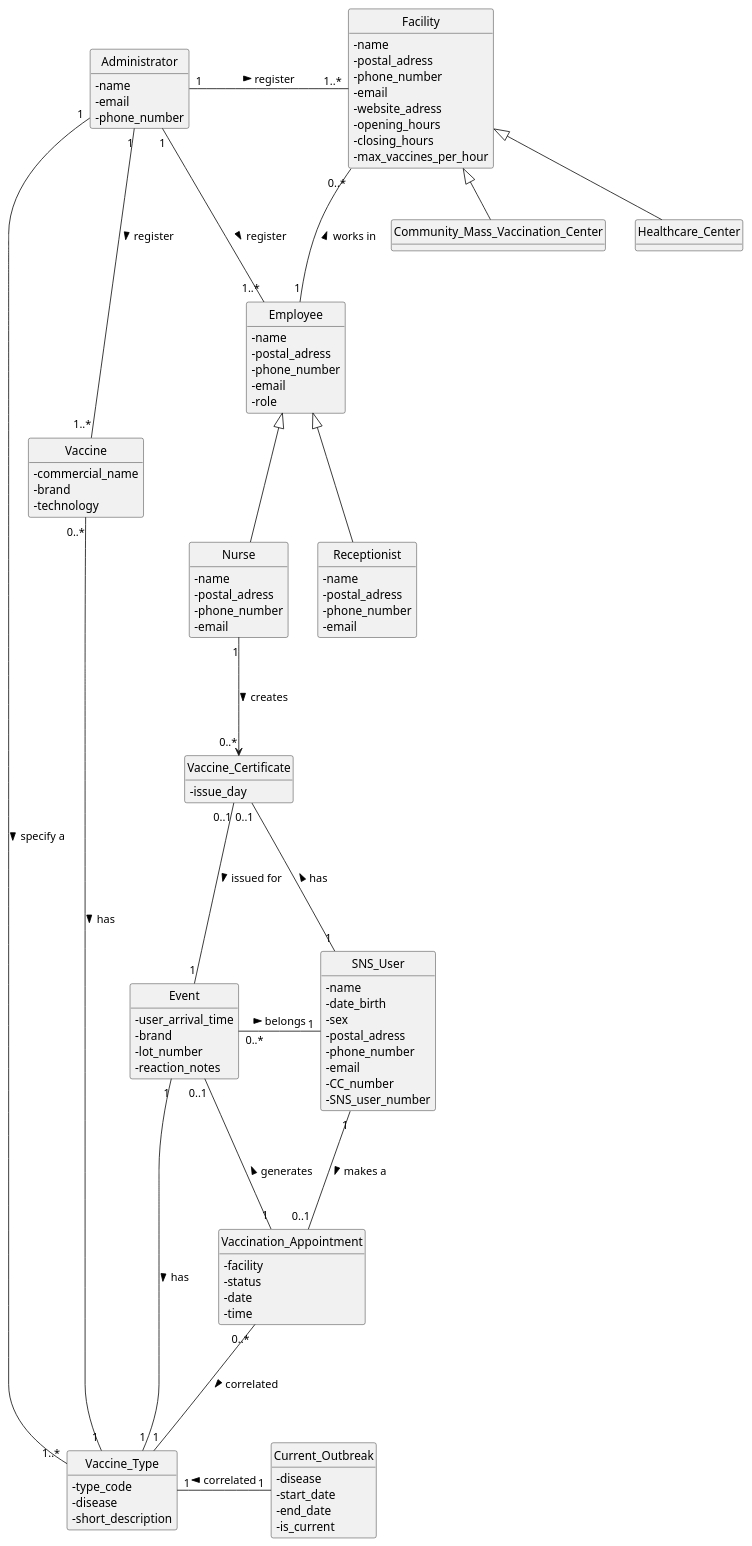
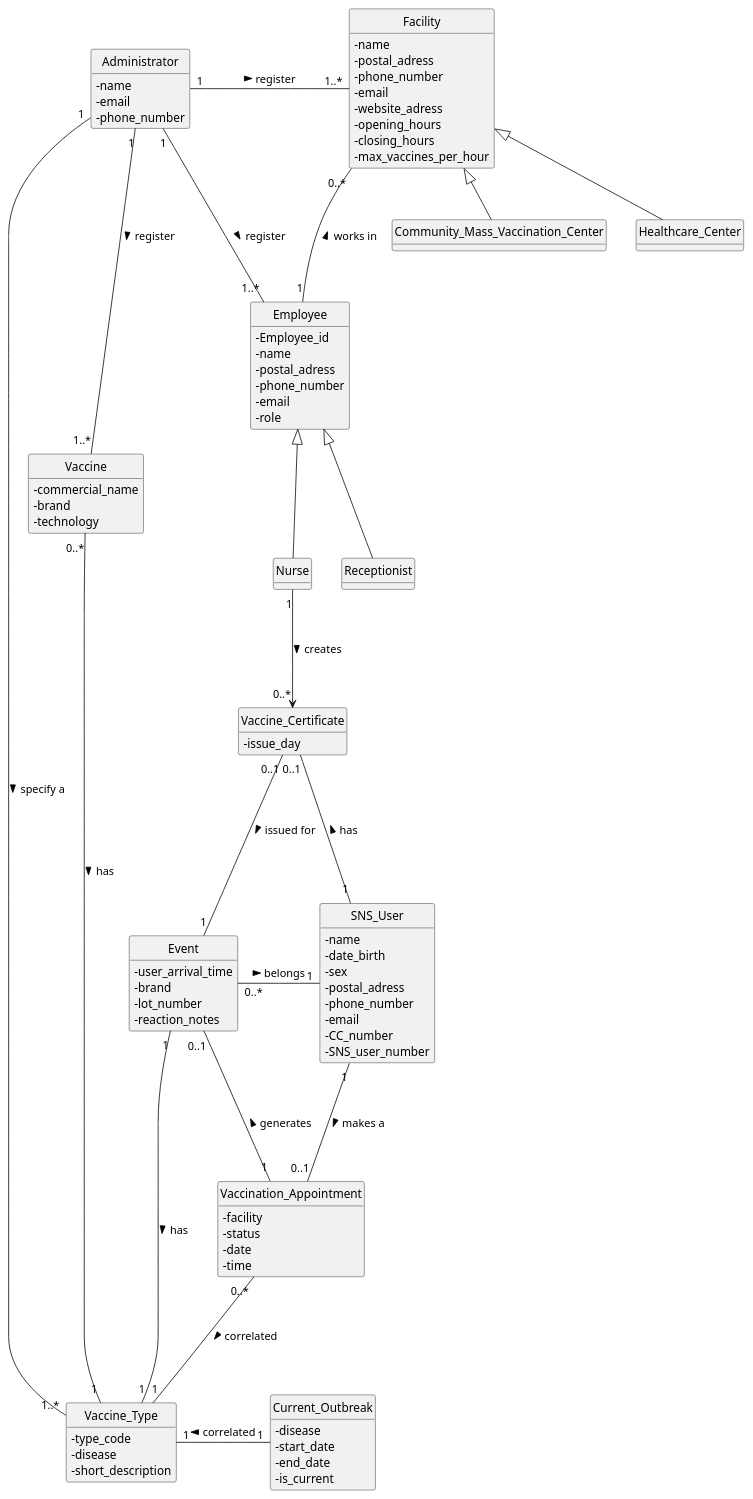
Before and after one commit to Parafita123/leti-esoft-25-26-B1: the diagram in docs/Sprint2/system-documentation/global-artifacts/puml/DM.puml, drawn with PlantUML. The commit also changed 6 other files, not shown here.

```diff
--- a/docs/Sprint2/system-documentation/global-artifacts/puml/DM.puml
+++ b/docs/Sprint2/system-documentation/global-artifacts/puml/DM.puml
@@ -1,146 +1,141 @@
 @startuml
 'https://plantuml.com/class-diagram
 skinparam classAttributeIconSize 0
 hide circle
 hide methods
 
 
 
 class Vaccine {
     - commercial_name
     - brand
     - technology
 }
 
 class Vaccine_Type {
     - type_code
     - disease
     - short_description
 }
 
 class Facility {
     - name
     - postal_adress
     - phone_number
     - email
     - website_adress
     - opening_hours
     - closing_hours
     - max_vaccines_per_hour
 }
 
 class Employee {
+    - Employee_id
     - name
     - postal_adress
     - phone_number
     - email
     - role
 }
 
 
 class SNS_User {
     - name
     - date_birth
     - sex
     - postal_adress
     - phone_number
     - email
     - CC_number
     - SNS_user_number
 }
 
 
 
 class Vaccination_Appointment {
     - facility
     - status
     - date
     - time
 }
 
 class Current_Outbreak {
     - disease
     - start_date
     - end_date
     - is_current
 }
 
 class Community_Mass_Vaccination_Center {
 }
 
 class Healthcare_Center {
 }
 
 class Nurse {
-    - name
-    - postal_adress
-    - phone_number
-    - email
+
 }
 
 class Receptionist {
-    - name
-    - postal_adress
-    - phone_number
-    - email
+
 }
 
 class Event {
     - user_arrival_time
     - brand
     - lot_number
     - reaction_notes
 }
 
 class Administrator {
     - name
     - email
     - phone_number
 }
 
 class Vaccine_Certificate {
     - issue_day
 }
 
 Employee <|-- Nurse
 Employee <|-- Receptionist
 
 Facility <|-- Community_Mass_Vaccination_Center
 Facility <|-- Healthcare_Center
 
 Employee "1" -up-- "0..*" Facility : works in >
 
 Administrator "1" -right-- "1..*" Employee: register >
 
 Administrator "1" -down-- "1..*" Vaccine: register >
 
 Administrator "1" -right-- "1..*" Facility: register >
 
 Administrator "1" -down-- "1..*" Vaccine_Type: specify a >
 
 SNS_User "1" -down-- "0..1" Vaccination_Appointment: makes a >
 
 
 
 Current_Outbreak "1" -left-- "1" Vaccine_Type: correlated >
 
 Vaccine "0..*" -right-- "1" Vaccine_Type: has >
 
 Nurse "1" -down--> "0..*" Vaccine_Certificate: creates >
 
 Vaccine_Certificate "0..1" -down-- "1" Event: issued for >
 
 Vaccination_Appointment "0..*" -down-- "1" Vaccine_Type: correlated >
 
 Vaccination_Appointment "1" -up-- "0..1" Event: generates >
 
 Event "0..*" -right-- "1" SNS_User: belongs >
 
 Event "1" -down-- "1" Vaccine_Type:has >
 
 SNS_User "1"  -left-- "0..1" Vaccine_Certificate: has >
 
 
 
 
 @enduml
```
